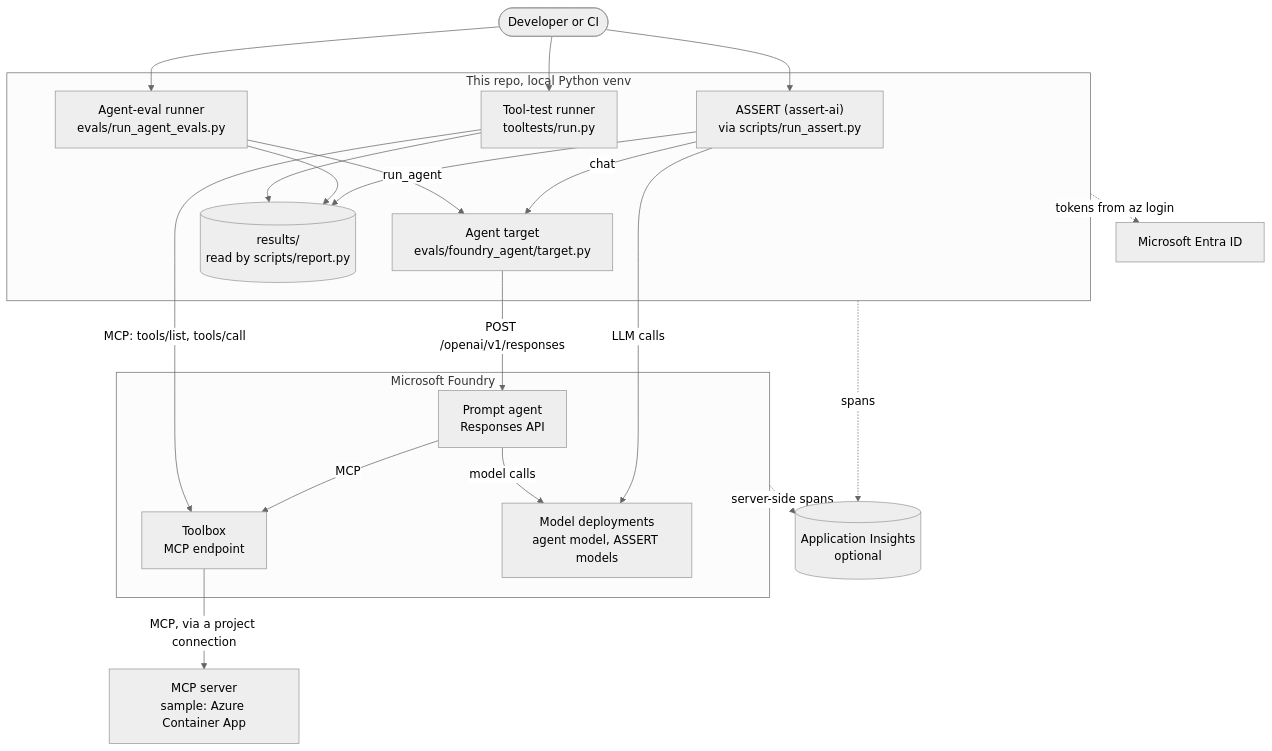
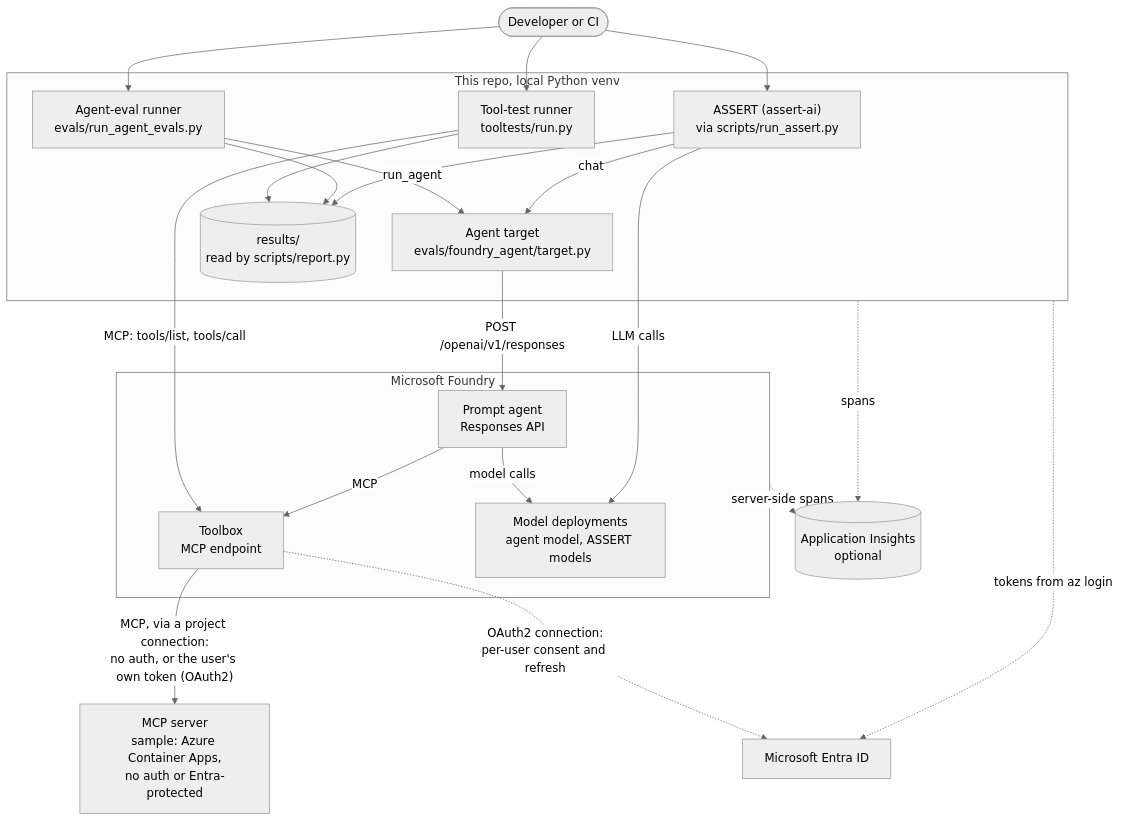
One commit to bradrlaw/foundryToolboxEval changed the first of 17 diagrams in docs/architecture.md. Above: the diagram before and after it, drawn with Mermaid (neutral theme). The commit also changed other lines of this file and 36 other files, not shown here.

First line of the commit message:
Add Entra per-user identity support (OAuth2 identity passthrough)

````diff
--- a/docs/architecture.md
+++ b/docs/architecture.md
@@ -27,36 +30,37 @@
 ```mermaid
 flowchart TB
     dev(["Developer or CI"])
 
     subgraph repo["This repo, local Python venv"]
         tt["Tool-test runner<br/>tooltests/run.py"]
         ae["Agent-eval runner<br/>evals/run_agent_evals.py"]
         aa["ASSERT (assert-ai)<br/>via scripts/run_assert.py"]
         tg["Agent target<br/>evals/foundry_agent/target.py"]
         res[("results/<br/>read by scripts/report.py")]
     end
 
     subgraph foundry["Microsoft Foundry"]
         agent["Prompt agent<br/>Responses API"]
         tb["Toolbox<br/>MCP endpoint"]
         models["Model deployments<br/>agent model, ASSERT models"]
     end
 
-    mcp["MCP server<br/>sample: Azure Container App"]
+    mcp["MCP server<br/>sample: Azure Container Apps,<br/>no auth or Entra-protected"]
     entra["Microsoft Entra ID"]
     appi[("Application Insights<br/>optional")]
 
     dev --> tt & ae & aa
     ae -->|"run_agent"| tg
     aa -->|"chat"| tg
     tt -->|"MCP: tools/list, tools/call"| tb
     tg -->|"POST /openai/v1/responses"| agent
     agent -->|"model calls"| models
     agent -->|"MCP"| tb
     aa -->|"LLM calls"| models
-    tb -->|"MCP, via a project connection"| mcp
+    tb -->|"MCP, via a project connection:<br/>no auth, or the user's own token (OAuth2)"| mcp
     tt & ae & aa --> res
     repo -.->|"tokens from az login"| entra
+    tb -.->|"OAuth2 connection:<br/>per-user consent and refresh"| entra
     repo -.->|"spans"| appi
     foundry -.->|"server-side spans"| appi
 ```
````
